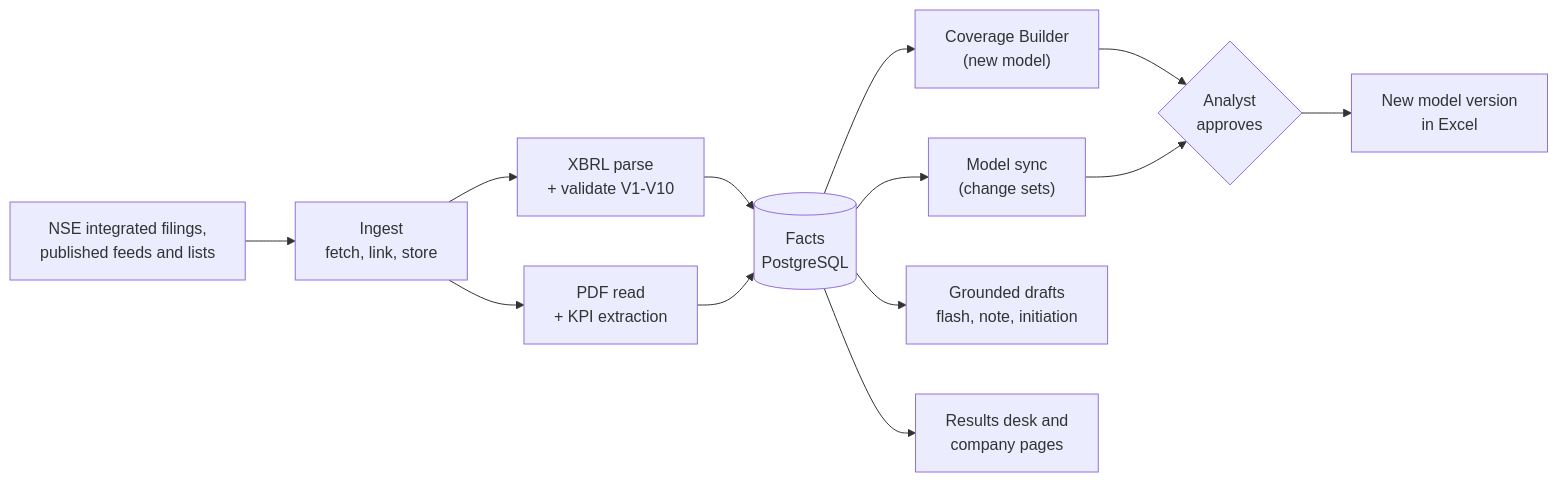
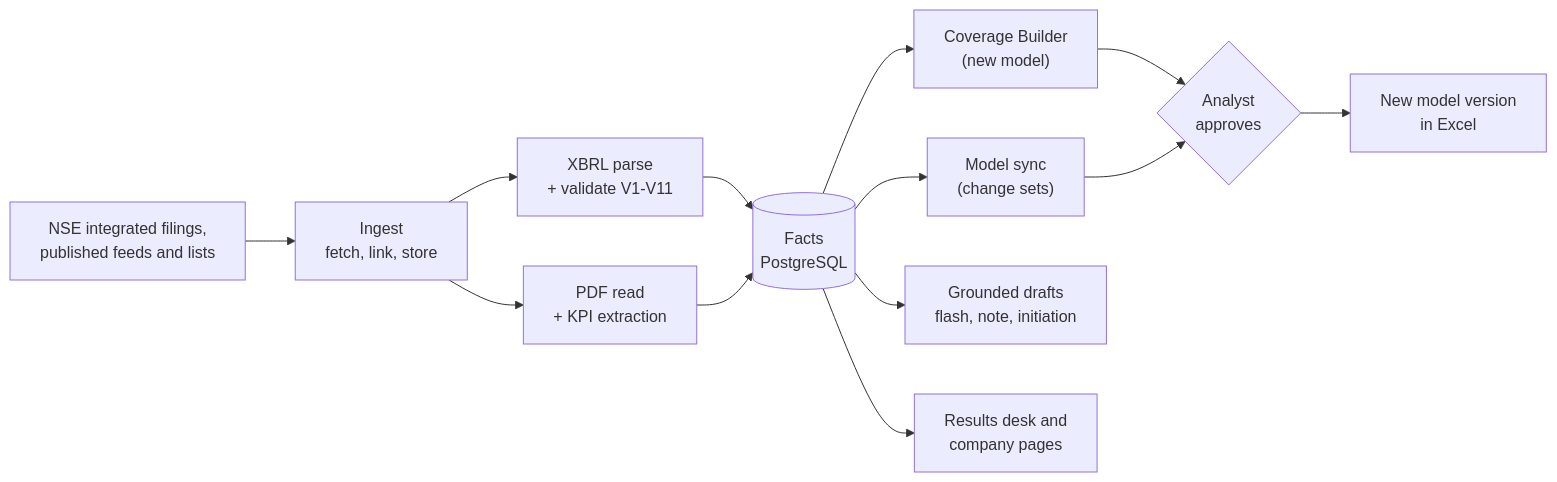
Before and after one commit to KAttal007/Analekh: the diagram in README.md, drawn with Mermaid. The commit also changed 22 other files, not shown here.

````diff
--- a/README.md
+++ b/README.md
@@ -46,15 +46,15 @@
 ```mermaid
 flowchart LR
     NSE["NSE integrated filings,<br/>published feeds and lists"] --> Ingest["Ingest<br/>fetch, link, store"]
-    Ingest --> XBRL["XBRL parse<br/>+ validate V1-V10"]
+    Ingest --> XBRL["XBRL parse<br/>+ validate V1-V11"]
     Ingest --> Docs["PDF read<br/>+ KPI extraction"]
     XBRL --> Facts[("Facts<br/>PostgreSQL")]
     Docs --> Facts
     Facts --> Build["Coverage Builder<br/>(new model)"]
     Facts --> Sync["Model sync<br/>(change sets)"]
     Build --> Approve{"Analyst<br/>approves"}
     Sync --> Approve
     Approve --> Excel["New model version<br/>in Excel"]
     Facts --> GenAI["Grounded drafts<br/>flash, note, initiation"]
     Facts --> Desk["Results desk and<br/>company pages"]
 ```
````
